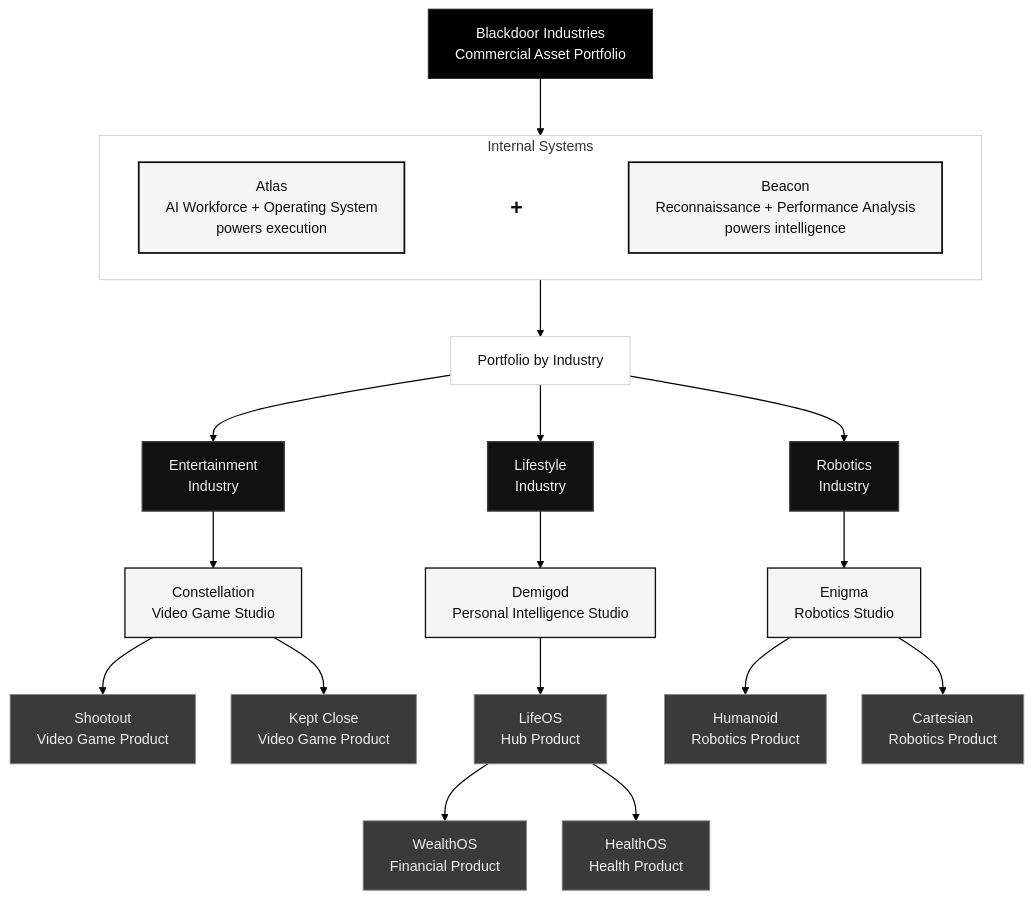
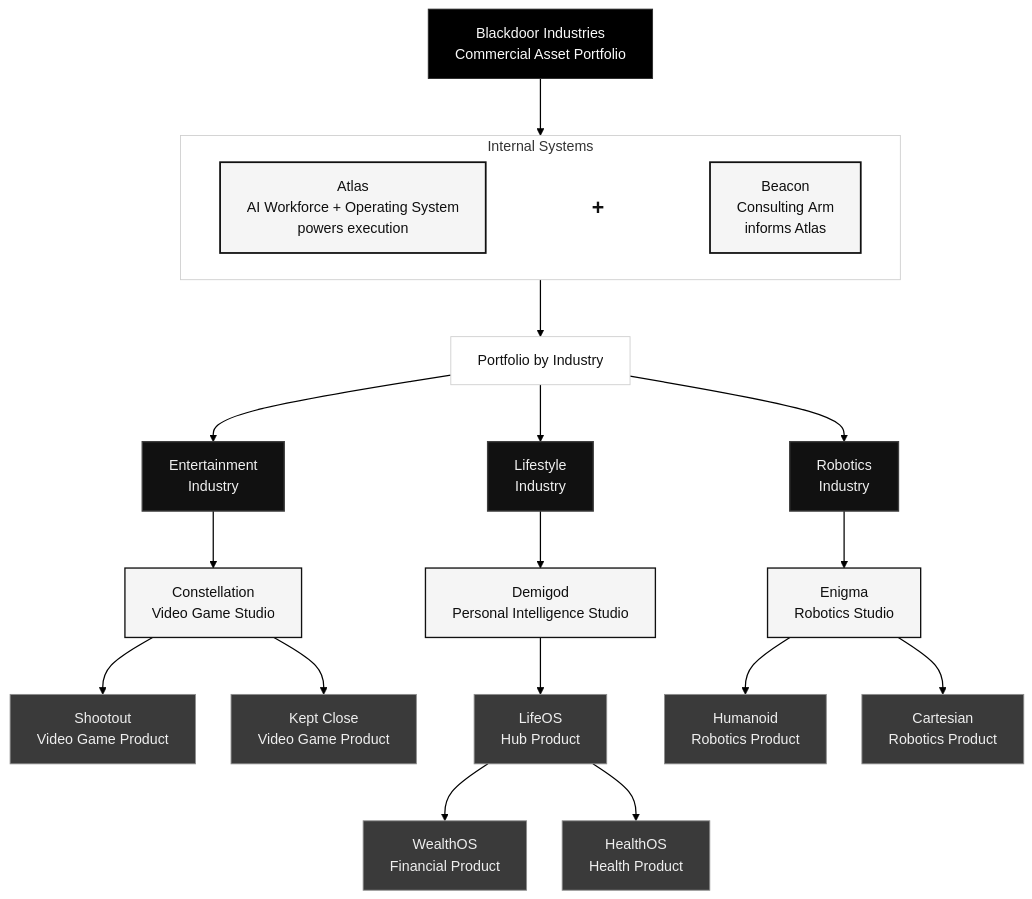
Before and after one commit to Blackdoor-Industries/.github: the first of 2 diagrams in profile/README.md, drawn with Mermaid. The commit also changed other lines of this file, not shown here.

Commit message:
docs: update Atlas and Beacon positioning

````diff
--- a/profile/README.md
+++ b/profile/README.md
@@ -29,72 +29,72 @@
 ```mermaid
 %%{init: {
   "theme": "base",
   "flowchart": {
     "curve": "basis",
     "nodeSpacing": 40,
     "rankSpacing": 64
   },
   "themeVariables": {
     "fontFamily": "Helvetica, Arial, sans-serif",
     "lineColor": "#000000",
     "textColor": "#eaeaea",
     "primaryColor": "#181818",
     "primaryBorderColor": "#454545",
     "tertiaryColor": "#121212",
     "background": "#ffffff"
   }
 }}%%
 flowchart TB
     BD["Blackdoor Industries<br/>Commercial Asset Portfolio"]:::holding
 
     subgraph INTERNAL["Internal Systems"]
         direction LR
         ATLAS["Atlas<br/>AI&nbsp;Workforce&nbsp;+&nbsp;Operating&nbsp;System<br/>powers execution"]:::system
         PLUS["<b>+</b>"]:::plus
-        BEACON["Beacon<br/>Reconnaissance&nbsp;+&nbsp;Performance&nbsp;Analysis<br/>powers intelligence"]:::system
+        BEACON["Beacon<br/>Consulting&nbsp;Arm<br/>informs Atlas"]:::system
         ATLAS ~~~ PLUS ~~~ BEACON
     end
 
     PORT["Portfolio by Industry"]:::layer
     ENT["Entertainment<br/>Industry"]:::industry
     LIFEIND["Lifestyle<br/>Industry"]:::industry
     ROBOTICS["Robotics<br/>Industry"]:::industry
     CONST["Constellation<br/>Video Game Studio"]:::brand
     DEMI["Demigod<br/>Personal Intelligence Studio"]:::brand
     ENIGMA["Enigma<br/>Robotics Studio"]:::brand
     SHOOT["Shootout<br/>Video Game Product"]:::product
     KEPT["Kept Close<br/>Video Game Product"]:::product
     LIFE["LifeOS<br/>Hub Product"]:::product
     WEALTH["WealthOS<br/>Financial Product"]:::product
     HEALTH["HealthOS<br/>Health Product"]:::product
     HUMANOID["Humanoid<br/>Robotics Product"]:::product
     CARTESIAN["Cartesian<br/>Robotics Product"]:::product
 
     BD --> INTERNAL
     INTERNAL --> PORT
     PORT --> ENT
     PORT --> LIFEIND
     PORT --> ROBOTICS
     ENT --> CONST
     LIFEIND --> DEMI
     ROBOTICS --> ENIGMA
     CONST --> SHOOT
     CONST --> KEPT
     DEMI --> LIFE
     LIFE --> WEALTH
     LIFE --> HEALTH
     ENIGMA --> HUMANOID
     ENIGMA --> CARTESIAN
 
     classDef holding fill:#000000,stroke:#2a2a2a,stroke-width:1px,color:#fafafa
     classDef system fill:#f5f5f5,stroke:#111111,stroke-width:2px,color:#0f0f0f
     classDef plus fill:#ffffff,stroke:#ffffff,color:#111111,font-weight:700,font-size:24px
     classDef layer fill:#ffffff,stroke:#cfcfcf,stroke-width:1px,color:#111111
     classDef industry fill:#111111,stroke:#3f3f3f,stroke-width:1.5px,color:#f0f0f0
     classDef brand fill:#f5f5f5,stroke:#111111,stroke-width:1.5px,color:#0f0f0f
     classDef product fill:#3a3a3a,stroke:#8d8d8d,stroke-width:1px,color:#efefef
 
     style INTERNAL fill:#ffffff,stroke:#cfcfcf,stroke-width:1px,color:#333333
     linkStyle default stroke:#000000,stroke-width:1.4px
     linkStyle 0,1 stroke:#ffffff,stroke-width:0px
 ```
````
